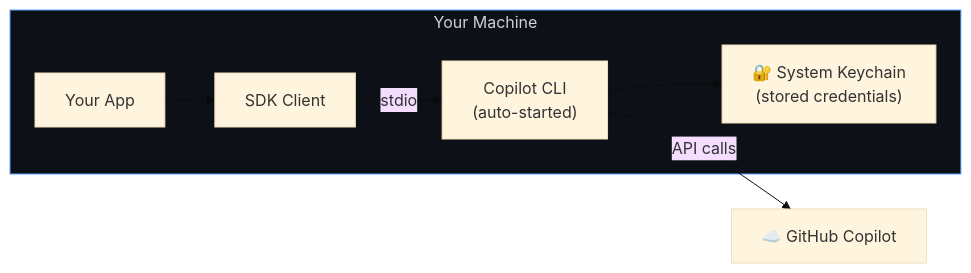
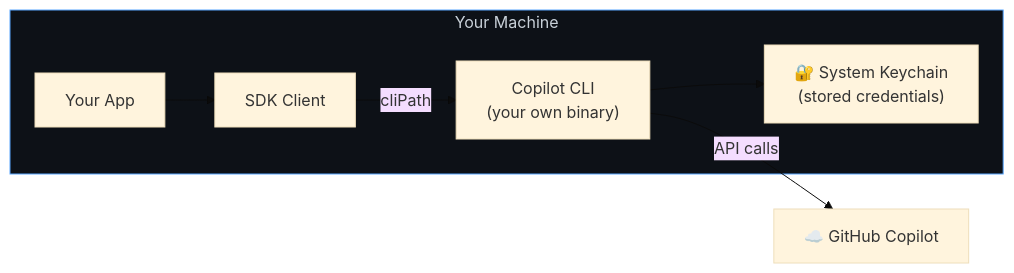
One commit to github/copilot-sdk changed the diagram in docs/setup/local-cli.md. Above: the diagram before and after it, drawn with Mermaid (base theme). The commit also changed other lines of this file and 4 other files, not shown here.

First line of the commit message:
Docs: clarify Copilot CLI is bundled with SDKs and update installatio… (#988)

````diff
--- a/docs/setup/local-cli.md
+++ b/docs/setup/local-cli.md
@@ -11,11 +11,11 @@
 ```mermaid
 flowchart LR
     subgraph YourMachine["Your Machine"]
         App["Your App"] --> SDK["SDK Client"]
-        SDK -- "stdio" --> CLI["Copilot CLI<br/>(auto-started)"]
+        SDK -- "cliPath" --> CLI["Copilot CLI<br/>(your own binary)"]
         CLI --> Keychain["🔐 System Keychain<br/>(stored credentials)"]
     end
     CLI -- "API calls" --> Copilot["☁️ GitHub Copilot"]
 
     style YourMachine fill:#0d1117,stroke:#58a6ff,color:#c9d1d9
 ```
````
